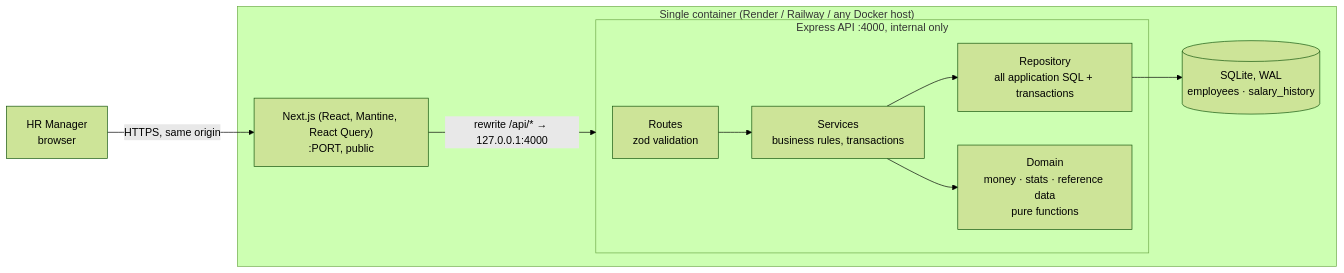
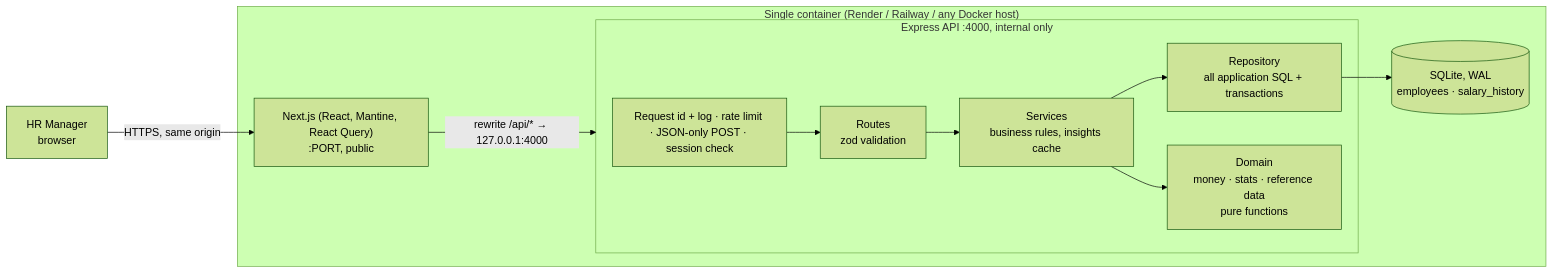
One commit to ManpreetJain1000/acme-salary changed the first of 2 diagrams in docs/architecture.md. Above: the diagram before and after it, drawn with Mermaid (forest theme). The commit also changed other lines of this file and 8 other files, not shown here.

````diff
--- a/docs/architecture.md
+++ b/docs/architecture.md
@@ -5,15 +5,16 @@
 ```mermaid
 flowchart LR
   HR[HR Manager<br/>browser] -->|HTTPS, same origin| WEB
 
   subgraph Container["Single container (Render / Railway / any Docker host)"]
     WEB["Next.js (React, Mantine, React Query)<br/>:PORT, public"]
     WEB -->|"rewrite /api/* → 127.0.0.1:4000"| API
     subgraph API["Express API :4000, internal only"]
-      R[Routes<br/>zod validation] --> S[Services<br/>business rules, transactions]
+      MW[Request id + log · rate limit · JSON-only POST · session check] --> R[Routes<br/>zod validation]
+      R --> S[Services<br/>business rules, insights cache]
       S --> REPO[Repository<br/>all application SQL + transactions]
       S --> D[Domain<br/>money · stats · reference data<br/>pure functions]
     end
     REPO --> DB[(SQLite, WAL<br/>employees · salary_history)]
   end
 ```
````
